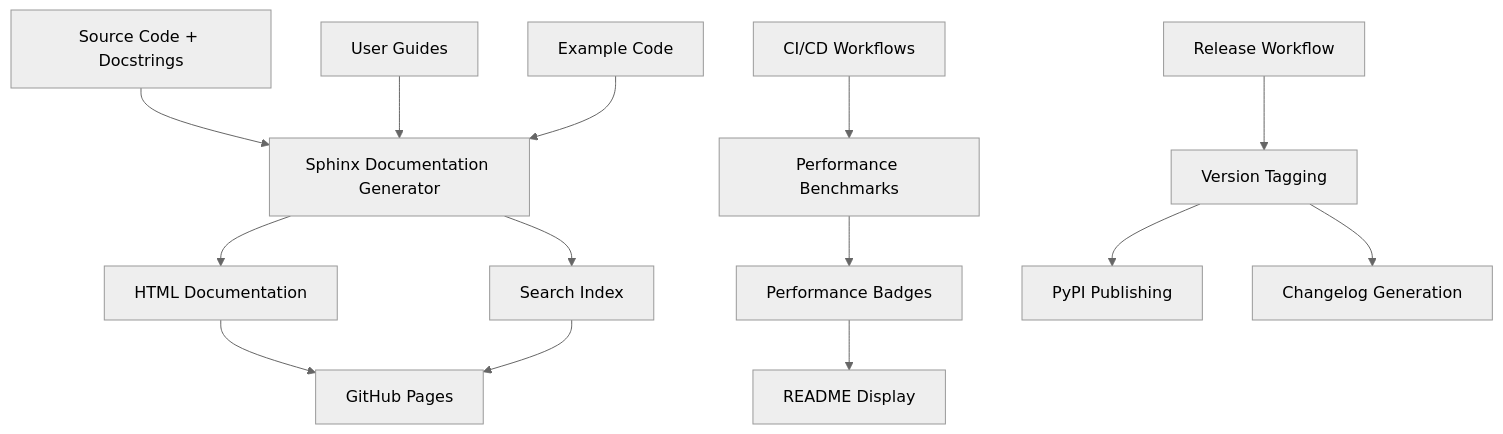
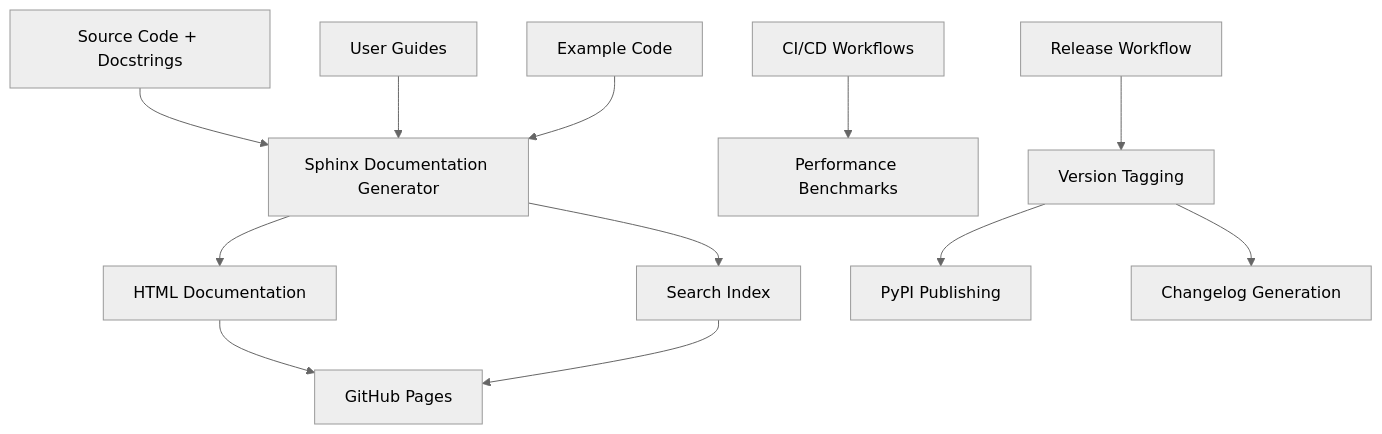
One commit to stabbotco1/mypylogger changed the diagram in .kiro/specs/phase-4-documentation/design.md. Above: the diagram before and after it, drawn with Mermaid (neutral theme). The commit also changed other lines of this file and 22 other files, not shown here.

````diff
--- a/.kiro/specs/phase-4-documentation/design.md
+++ b/.kiro/specs/phase-4-documentation/design.md
@@ -17,20 +17,18 @@
 ```mermaid
 graph TB
     SOURCE[Source Code + Docstrings] --> SPHINX[Sphinx Documentation Generator]
     GUIDES[User Guides] --> SPHINX
     EXAMPLES[Example Code] --> SPHINX
     
     SPHINX --> HTML[HTML Documentation]
     SPHINX --> SEARCH[Search Index]
     
     HTML --> PAGES[GitHub Pages]
     SEARCH --> PAGES
     
     CI[CI/CD Workflows] --> PERF[Performance Benchmarks]
-    PERF --> BADGES[Performance Badges]
-    BADGES --> README[README Display]
     
     RELEASE[Release Workflow] --> VERSION[Version Tagging]
     VERSION --> PYPI[PyPI Publishing]
     VERSION --> CHANGELOG[Changelog Generation]
 ```
````
